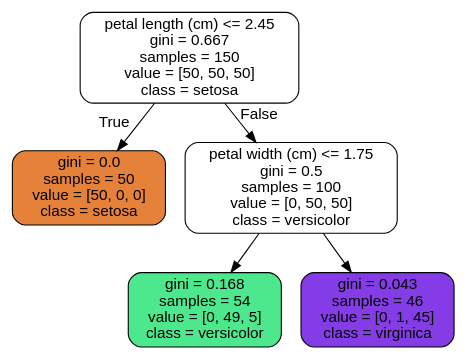
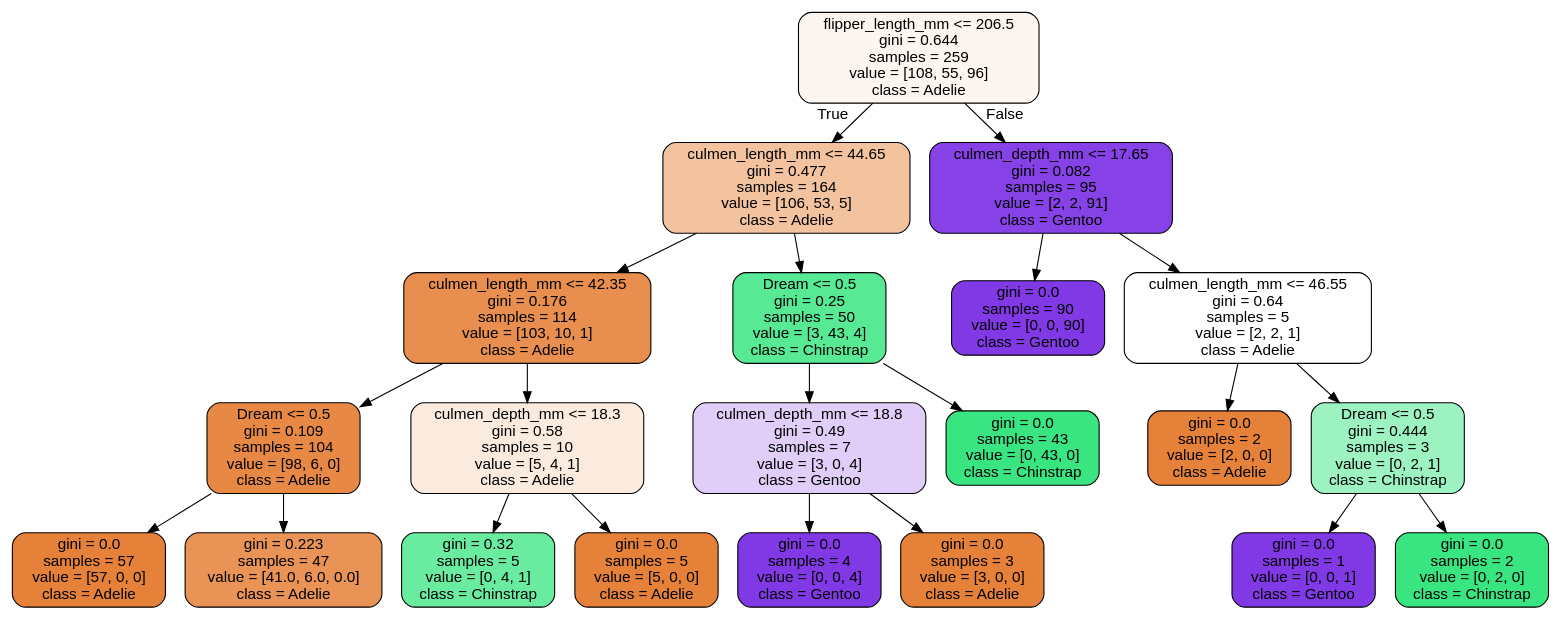
Before and after one commit to Pabarkyan/DS_PT_02_2024: the diagram in 03-Machine_Learning/01-Supervisado/03-Modelos/01-Decision_Trees/images/decision_trees/iris_tree.dot, drawn with Graphviz. The commit also changed 13 other files, not shown here.

```diff
--- a/03-Machine_Learning/01-Supervisado/03-Modelos/01-Decision_Trees/images/decision_trees/iris_tree.dot
+++ b/03-Machine_Learning/01-Supervisado/03-Modelos/01-Decision_Trees/images/decision_trees/iris_tree.dot
@@ -1,13 +1,45 @@
 digraph Tree {
 node [shape=box, style="filled, rounded", color="black", fontname="helvetica"] ;
 edge [fontname="helvetica"] ;
-0 [label="petal length (cm) <= 2.45\ngini = 0.667\nsamples = 150\nvalue = [50, 50, 50]\nclass = setosa", fillcolor="#ffffff"] ;
-1 [label="gini = 0.0\nsamples = 50\nvalue = [50, 0, 0]\nclass = setosa", fillcolor="#e58139"] ;
+0 [label="flipper_length_mm <= 206.5\ngini = 0.644\nsamples = 259\nvalue = [108, 55, 96]\nclass = Adelie", fillcolor="#fdf6f0"] ;
+1 [label="culmen_length_mm <= 44.65\ngini = 0.477\nsamples = 164\nvalue = [106, 53, 5]\nclass = Adelie", fillcolor="#f3c3a0"] ;
 0 -> 1 [labeldistance=2.5, labelangle=45, headlabel="True"] ;
-2 [label="petal width (cm) <= 1.75\ngini = 0.5\nsamples = 100\nvalue = [0, 50, 50]\nclass = versicolor", fillcolor="#ffffff"] ;
-0 -> 2 [labeldistance=2.5, labelangle=-45, headlabel="False"] ;
-3 [label="gini = 0.168\nsamples = 54\nvalue = [0, 49, 5]\nclass = versicolor", fillcolor="#4de88e"] ;
+2 [label="culmen_length_mm <= 42.35\ngini = 0.176\nsamples = 114\nvalue = [103, 10, 1]\nclass = Adelie", fillcolor="#e88e4e"] ;
+1 -> 2 ;
+3 [label="Dream <= 0.5\ngini = 0.109\nsamples = 104\nvalue = [98, 6, 0]\nclass = Adelie", fillcolor="#e78945"] ;
 2 -> 3 ;
-4 [label="gini = 0.043\nsamples = 46\nvalue = [0, 1, 45]\nclass = virginica", fillcolor="#843de6"] ;
-2 -> 4 ;
+4 [label="gini = 0.0\nsamples = 57\nvalue = [57, 0, 0]\nclass = Adelie", fillcolor="#e58139"] ;
+3 -> 4 ;
+5 [label="gini = 0.223\nsamples = 47\nvalue = [41.0, 6.0, 0.0]\nclass = Adelie", fillcolor="#e99356"] ;
+3 -> 5 ;
+6 [label="culmen_depth_mm <= 18.3\ngini = 0.58\nsamples = 10\nvalue = [5, 4, 1]\nclass = Adelie", fillcolor="#fbeade"] ;
+2 -> 6 ;
+7 [label="gini = 0.32\nsamples = 5\nvalue = [0, 4, 1]\nclass = Chinstrap", fillcolor="#6aeca0"] ;
+6 -> 7 ;
+8 [label="gini = 0.0\nsamples = 5\nvalue = [5, 0, 0]\nclass = Adelie", fillcolor="#e58139"] ;
+6 -> 8 ;
+9 [label="Dream <= 0.5\ngini = 0.25\nsamples = 50\nvalue = [3, 43, 4]\nclass = Chinstrap", fillcolor="#57e994"] ;
+1 -> 9 ;
+10 [label="culmen_depth_mm <= 18.8\ngini = 0.49\nsamples = 7\nvalue = [3, 0, 4]\nclass = Gentoo", fillcolor="#e0cef8"] ;
+9 -> 10 ;
+11 [label="gini = 0.0\nsamples = 4\nvalue = [0, 0, 4]\nclass = Gentoo", fillcolor="#8139e5"] ;
+10 -> 11 ;
+12 [label="gini = 0.0\nsamples = 3\nvalue = [3, 0, 0]\nclass = Adelie", fillcolor="#e58139"] ;
+10 -> 12 ;
+13 [label="gini = 0.0\nsamples = 43\nvalue = [0, 43, 0]\nclass = Chinstrap", fillcolor="#39e581"] ;
+9 -> 13 ;
+14 [label="culmen_depth_mm <= 17.65\ngini = 0.082\nsamples = 95\nvalue = [2, 2, 91]\nclass = Gentoo", fillcolor="#8642e6"] ;
+0 -> 14 [labeldistance=2.5, labelangle=-45, headlabel="False"] ;
+15 [label="gini = 0.0\nsamples = 90\nvalue = [0, 0, 90]\nclass = Gentoo", fillcolor="#8139e5"] ;
+14 -> 15 ;
+16 [label="culmen_length_mm <= 46.55\ngini = 0.64\nsamples = 5\nvalue = [2, 2, 1]\nclass = Adelie", fillcolor="#ffffff"] ;
+14 -> 16 ;
+17 [label="gini = 0.0\nsamples = 2\nvalue = [2, 0, 0]\nclass = Adelie", fillcolor="#e58139"] ;
+16 -> 17 ;
+18 [label="Dream <= 0.5\ngini = 0.444\nsamples = 3\nvalue = [0, 2, 1]\nclass = Chinstrap", fillcolor="#9cf2c0"] ;
+16 -> 18 ;
+19 [label="gini = 0.0\nsamples = 1\nvalue = [0, 0, 1]\nclass = Gentoo", fillcolor="#8139e5"] ;
+18 -> 19 ;
+20 [label="gini = 0.0\nsamples = 2\nvalue = [0, 2, 0]\nclass = Chinstrap", fillcolor="#39e581"] ;
+18 -> 20 ;
 }
```
